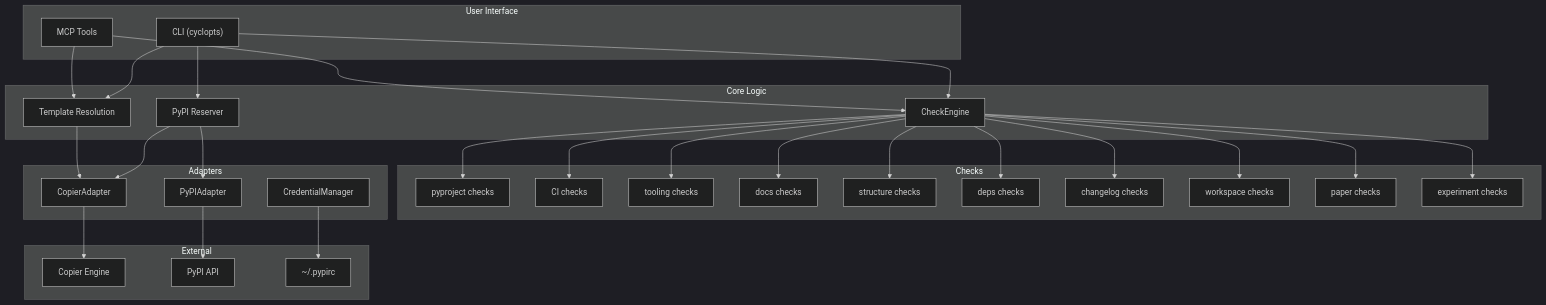
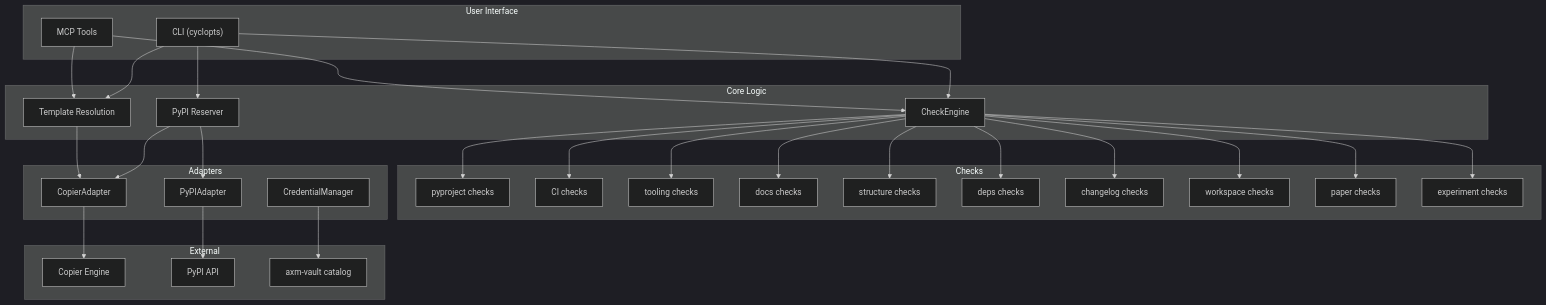
The diagram in packages/axm-init/docs/explanation/architecture.md (axm-protocols/axm-forge), drawn with Mermaid (dark theme) before and after one commit. The commit also changed other lines of this file and 4 other files, not shown here.

First line of the commit message:
fix(axm-init): remove pypirc token fallback

````diff
--- a/packages/axm-init/docs/explanation/architecture.md
+++ b/packages/axm-init/docs/explanation/architecture.md
@@ -7,60 +7,60 @@
 ```mermaid
 graph TD
     subgraph "User Interface"
         CLI["CLI (cyclopts)"]
         MCP["MCP Tools"]
     end
 
     subgraph "Core Logic"
         CheckEngine["CheckEngine"]
         Templates["Template Resolution"]
         Reserver["PyPI Reserver"]
     end
 
     subgraph "Checks"
         PyprojectChecks["pyproject checks"]
         CIChecks["CI checks"]
         ToolingChecks["tooling checks"]
         DocsChecks["docs checks"]
         StructureChecks["structure checks"]
         DepsChecks["deps checks"]
         ChangelogChecks["changelog checks"]
         WorkspaceChecks["workspace checks"]
         PaperChecks["paper checks"]
         ExperimentChecks["experiment checks"]
     end
 
     subgraph "Adapters"
         Copier["CopierAdapter"]
         PyPI["PyPIAdapter"]
         Creds["CredentialManager"]
     end
 
     subgraph "External"
         CopierEngine["Copier Engine"]
         PyPIAPI["PyPI API"]
-        PyPIRC["~/.pypirc"]
+        Vault["axm-vault catalog"]
     end
 
     CLI --> CheckEngine
     CLI --> Templates
     CLI --> Reserver
     MCP --> CheckEngine
     MCP --> Templates
     CheckEngine --> PyprojectChecks
     CheckEngine --> CIChecks
     CheckEngine --> ToolingChecks
     CheckEngine --> DocsChecks
     CheckEngine --> StructureChecks
     CheckEngine --> DepsChecks
     CheckEngine --> ChangelogChecks
     CheckEngine --> WorkspaceChecks
     CheckEngine --> PaperChecks
     CheckEngine --> ExperimentChecks
     Reserver --> PyPI
     Reserver --> Copier
     Templates --> Copier
     Copier --> CopierEngine
     PyPI --> PyPIAPI
-    Creds --> PyPIRC
+    Creds --> Vault
 ```
````
